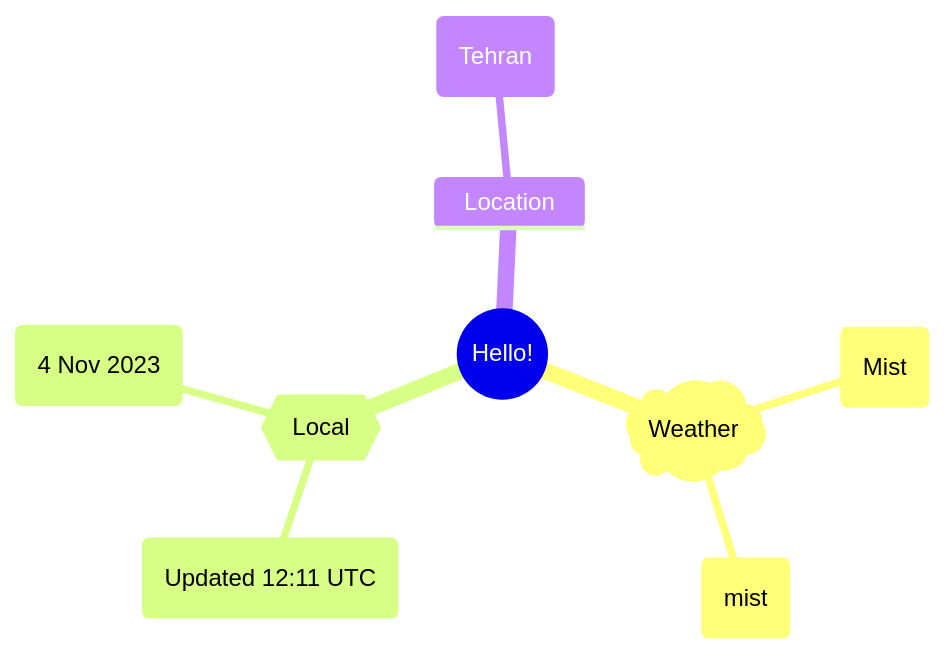
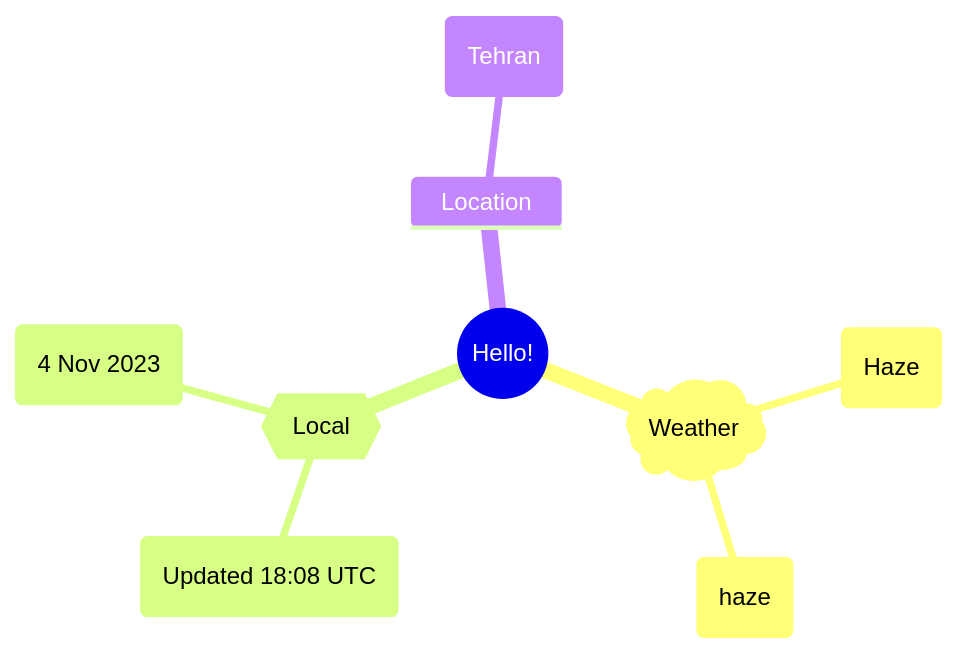
One commit to Xosrov/Xosrov changed the first of 2 diagrams in README.md. Above: the diagram before and after it, drawn with Mermaid.

Commit message:
[bot] updated images

````diff
--- a/README.md
+++ b/README.md
@@ -3,12 +3,12 @@
 ```mermaid
 mindmap
   root((Hello!))
     )Weather(
-        (Mist)
-        (mist)
+        (Haze)
+        (haze)
     {{Local}}
-        (Updated 12:11 UTC)
+        (Updated 18:08 UTC)
         (4 Nov 2023)
     Location
         (Tehran)
 ```
````
